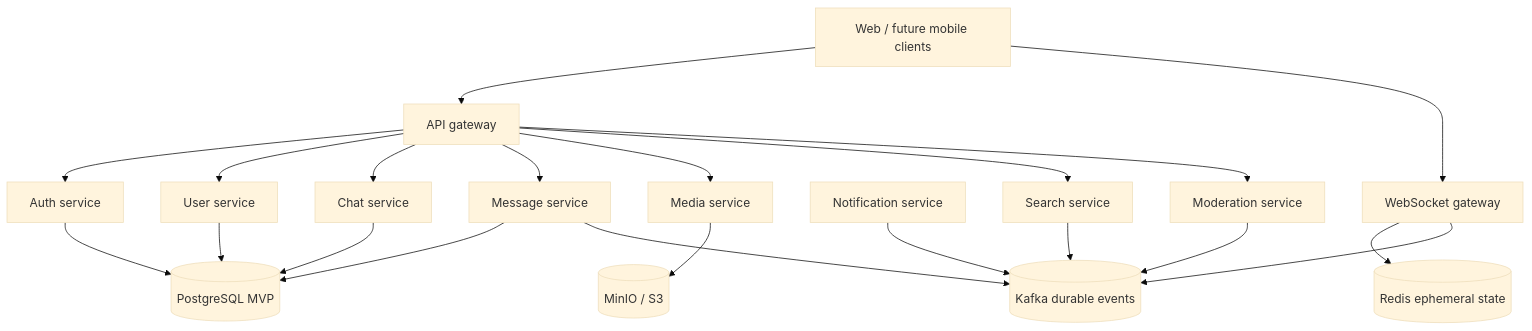
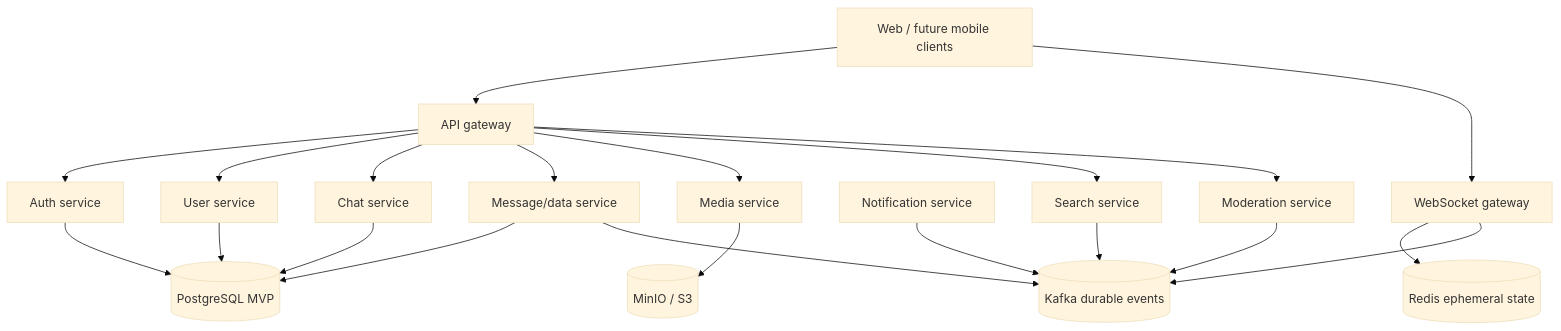
Before and after one commit to pentest200/Uvya: the diagram in docs/architecture/foundation.md, drawn with Mermaid (base theme). The commit also changed other lines of this file and 63 other files, not shown here.

````diff
--- a/docs/architecture/foundation.md
+++ b/docs/architecture/foundation.md
@@ -23,39 +23,39 @@
 ```mermaid
 flowchart TB
     Client[Web / future mobile clients]
     EdgeHTTP[API gateway]
     EdgeWS[WebSocket gateway]
     Auth[Auth service]
     User[User service]
     Chat[Chat service]
-    Message[Message service]
+    Message[Message/data service]
     Notification[Notification service]
     Media[Media service]
     Search[Search service]
     Moderation[Moderation service]
     PG[(PostgreSQL MVP)]
     Redis[(Redis ephemeral state)]
     Kafka[(Kafka durable events)]
     ObjectStore[(MinIO / S3)]
 
     Client --> EdgeHTTP
     Client --> EdgeWS
     EdgeHTTP --> Auth
     EdgeHTTP --> User
     EdgeHTTP --> Chat
     EdgeHTTP --> Message
     EdgeHTTP --> Media
     EdgeHTTP --> Search
     EdgeHTTP --> Moderation
     EdgeWS --> Redis
     EdgeWS --> Kafka
     Auth --> PG
     User --> PG
     Chat --> PG
     Message --> PG
     Message --> Kafka
     Notification --> Kafka
     Media --> ObjectStore
     Search --> Kafka
     Moderation --> Kafka
 ```
````
